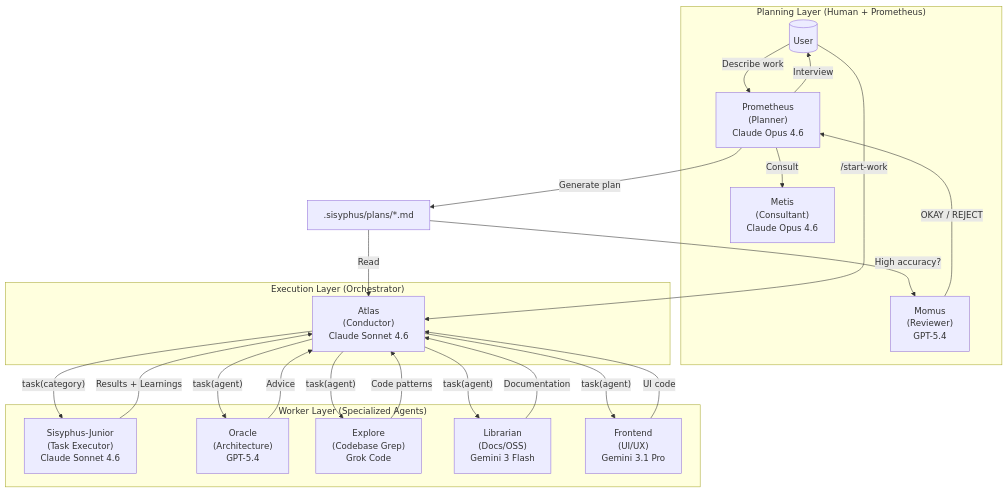
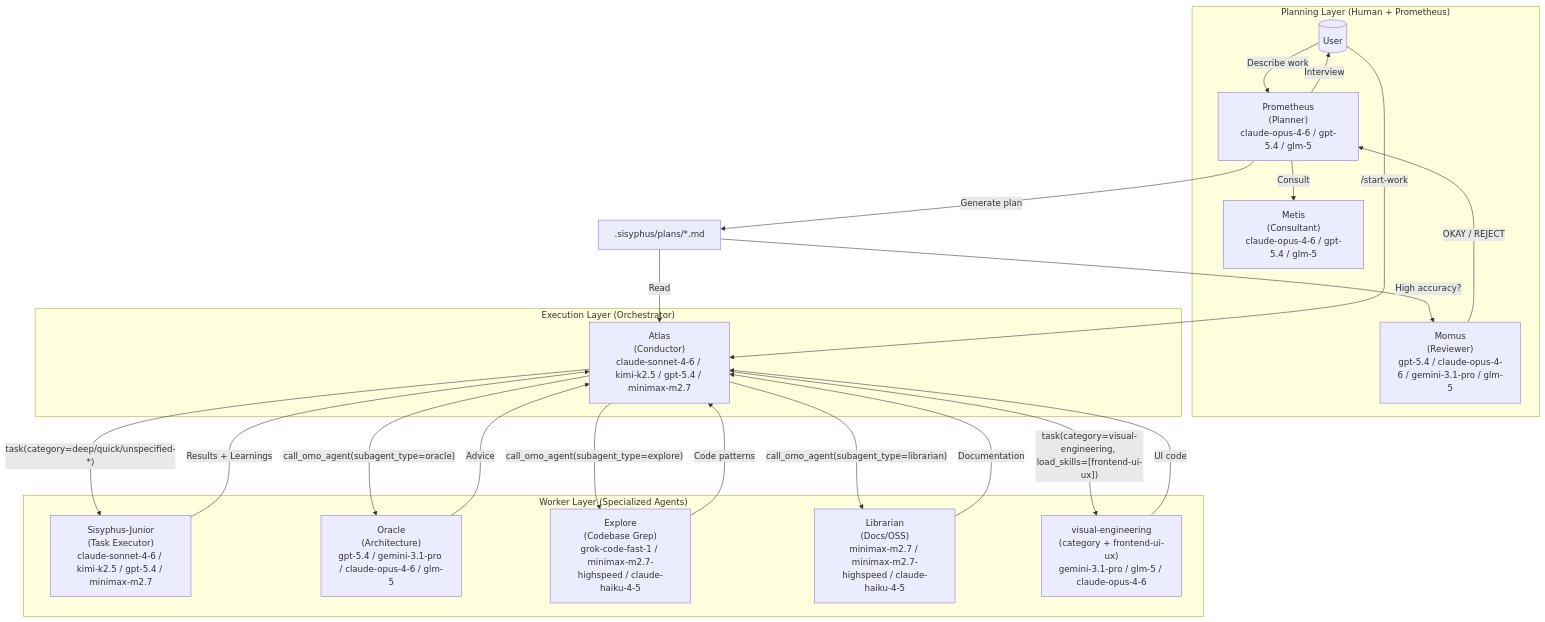
The first of 3 diagrams in docs/guide/orchestration.md (code-yeongyu/oh-my-openagent), drawn with Mermaid before and after one commit. The commit also changed other lines of this file, not shown here.

First line of the commit message:
docs(orchestration): update diagram model names and category tables

````diff
--- a/docs/guide/orchestration.md
+++ b/docs/guide/orchestration.md
@@ -33,43 +34,43 @@
 ```mermaid
 flowchart TB
     subgraph Planning["Planning Layer (Human + Prometheus)"]
         User[(" User")]
-        Prometheus[" Prometheus<br/>(Planner)<br/>Claude Opus 4.6"]
-        Metis[" Metis<br/>(Consultant)<br/>Claude Opus 4.6"]
-        Momus[" Momus<br/>(Reviewer)<br/>GPT-5.4"]
+        Prometheus[" Prometheus<br/>(Planner)<br/>claude-opus-4-6 / gpt-5.4 / glm-5"]
+        Metis[" Metis<br/>(Consultant)<br/>claude-opus-4-6 / gpt-5.4 / glm-5"]
+        Momus[" Momus<br/>(Reviewer)<br/>gpt-5.4 / claude-opus-4-6 / gemini-3.1-pro / glm-5"]
     end
 
     subgraph Execution["Execution Layer (Orchestrator)"]
-        Orchestrator[" Atlas<br/>(Conductor)<br/>Claude Sonnet 4.6"]
+        Orchestrator[" Atlas<br/>(Conductor)<br/>claude-sonnet-4-6 / kimi-k2.5 / gpt-5.4 / minimax-m2.7"]
     end
 
     subgraph Workers["Worker Layer (Specialized Agents)"]
-        Junior[" Sisyphus-Junior<br/>(Task Executor)<br/>Claude Sonnet 4.6"]
-        Oracle[" Oracle<br/>(Architecture)<br/>GPT-5.4"]
-        Explore[" Explore<br/>(Codebase Grep)<br/>Grok Code"]
-        Librarian[" Librarian<br/>(Docs/OSS)<br/>Gemini 3 Flash"]
-        Frontend[" Frontend<br/>(UI/UX)<br/>Gemini 3.1 Pro"]
+        Junior[" Sisyphus-Junior<br/>(Task Executor)<br/>claude-sonnet-4-6 / kimi-k2.5 / gpt-5.4 / minimax-m2.7"]
+        Oracle[" Oracle<br/>(Architecture)<br/>gpt-5.4 / gemini-3.1-pro / claude-opus-4-6 / glm-5"]
+        Explore[" Explore<br/>(Codebase Grep)<br/>grok-code-fast-1 / minimax-m2.7-highspeed / claude-haiku-4-5"]
+        Librarian[" Librarian<br/>(Docs/OSS)<br/>minimax-m2.7 / minimax-m2.7-highspeed / claude-haiku-4-5"]
+        Frontend[" visual-engineering<br/>(category + frontend-ui-ux)<br/>gemini-3.1-pro / glm-5 / claude-opus-4-6"]
     end
 
     User -->|"Describe work"| Prometheus
     Prometheus -->|"Consult"| Metis
     Prometheus -->|"Interview"| User
     Prometheus -->|"Generate plan"| Plan[".sisyphus/plans/*.md"]
     Plan -->|"High accuracy?"| Momus
     Momus -->|"OKAY / REJECT"| Prometheus
 
     User -->|"/start-work"| Orchestrator
     Plan -->|"Read"| Orchestrator
 
-    Orchestrator -->|"task(category)"| Junior
-    Orchestrator -->|"task(agent)"| Oracle
-    Orchestrator -->|"task(agent)"| Explore
-    Orchestrator -->|"task(agent)"| Librarian
-    Orchestrator -->|"task(agent)"| Frontend
+    Orchestrator -->|"task(category=deep/quick/unspecified-*)"| Junior
+    Orchestrator -->|"call_omo_agent(subagent_type=oracle)"| Oracle
+    Orchestrator -->|"call_omo_agent(subagent_type=explore)"| Explore
+    Orchestrator -->|"call_omo_agent(subagent_type=librarian)"| Librarian
+    Orchestrator -->|"task(category=visual-engineering, load_skills=[frontend-ui-ux])"| Frontend
 
     Junior -->|"Results + Learnings"| Orchestrator
     Oracle -->|"Advice"| Orchestrator
     Explore -->|"Code patterns"| Orchestrator
     Librarian -->|"Documentation"| Orchestrator
     Frontend -->|"UI code"| Orchestrator
 ```
````
